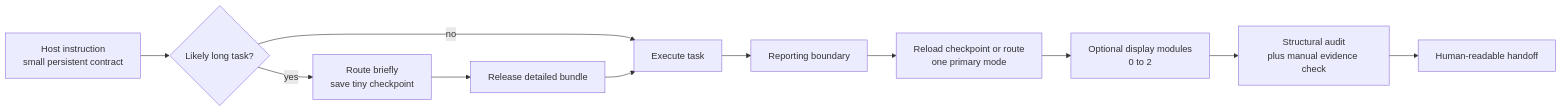
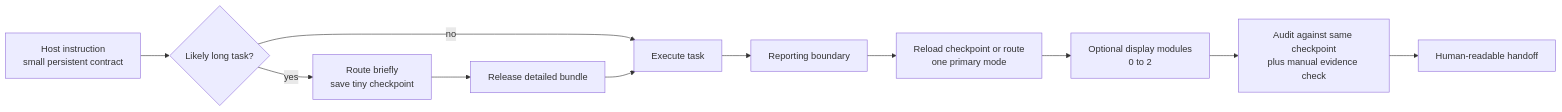
The diagram in docs/ARCHITECTURE.md (asimfish/super_agent_presentation), drawn with Mermaid before and after one commit. The commit also changed other lines of this file and 43 other files, not shown here.

````diff
--- a/docs/ARCHITECTURE.md
+++ b/docs/ARCHITECTURE.md
@@ -29,13 +29,13 @@
 ```mermaid
 flowchart LR
     A[Host instruction\nsmall persistent contract] --> B{Likely long task?}
     B -- yes --> C[Route briefly\nsave tiny checkpoint]
     C --> D[Release detailed bundle]
     B -- no --> E[Execute task]
     D --> E
     E --> F[Reporting boundary]
     F --> G[Reload checkpoint or route\none primary mode]
     G --> H[Optional display modules\n0 to 2]
-    H --> I[Structural audit\nplus manual evidence check]
+    H --> I[Audit against same checkpoint\nplus manual evidence check]
     I --> J[Human-readable handoff]
 ```
````
